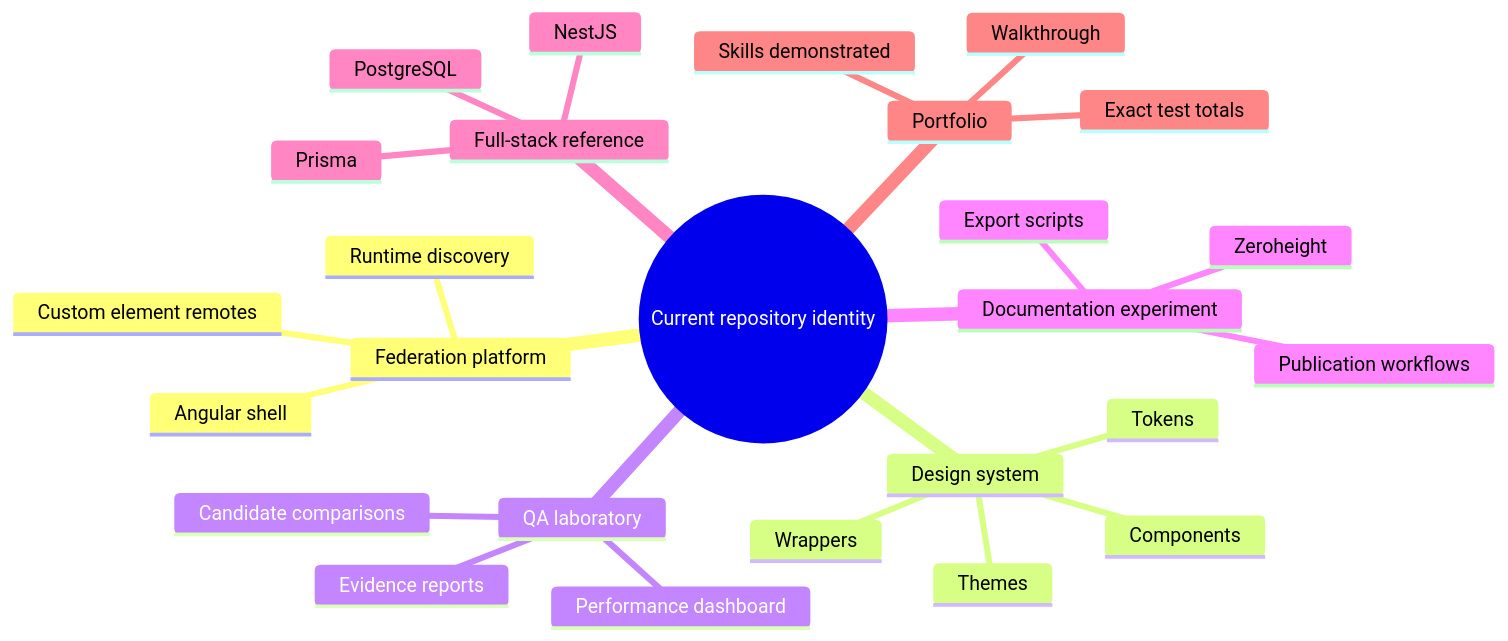
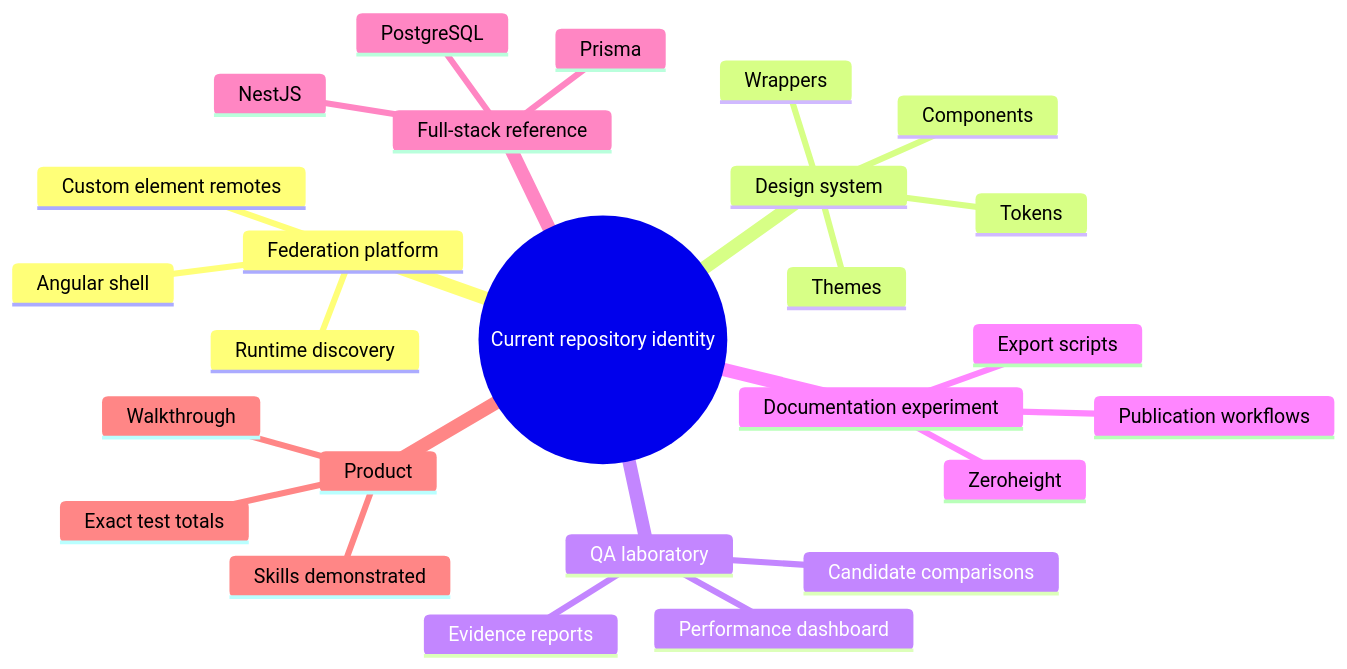
One commit to JeffreySanford/public-sector-federation changed the diagram in docs/documentation-upgrade/02-current-state-audit.md. Above: the diagram before and after it, drawn with Mermaid. The commit also changed other lines of this file and 41 other files, not shown here.

````diff
--- a/docs/documentation-upgrade/02-current-state-audit.md
+++ b/docs/documentation-upgrade/02-current-state-audit.md
@@ -25,29 +25,29 @@
 ```mermaid
 mindmap
   root((Current repository identity))
     Federation platform
       Angular shell
       Custom element remotes
       Runtime discovery
     Design system
       Tokens
       Wrappers
       Themes
       Components
     QA laboratory
       Candidate comparisons
       Performance dashboard
       Evidence reports
     Documentation experiment
       Zeroheight
       Export scripts
       Publication workflows
     Full-stack reference
       NestJS
       Prisma
       PostgreSQL
-    Portfolio
+    Product
       Walkthrough
       Skills demonstrated
       Exact test totals
 ```
````
